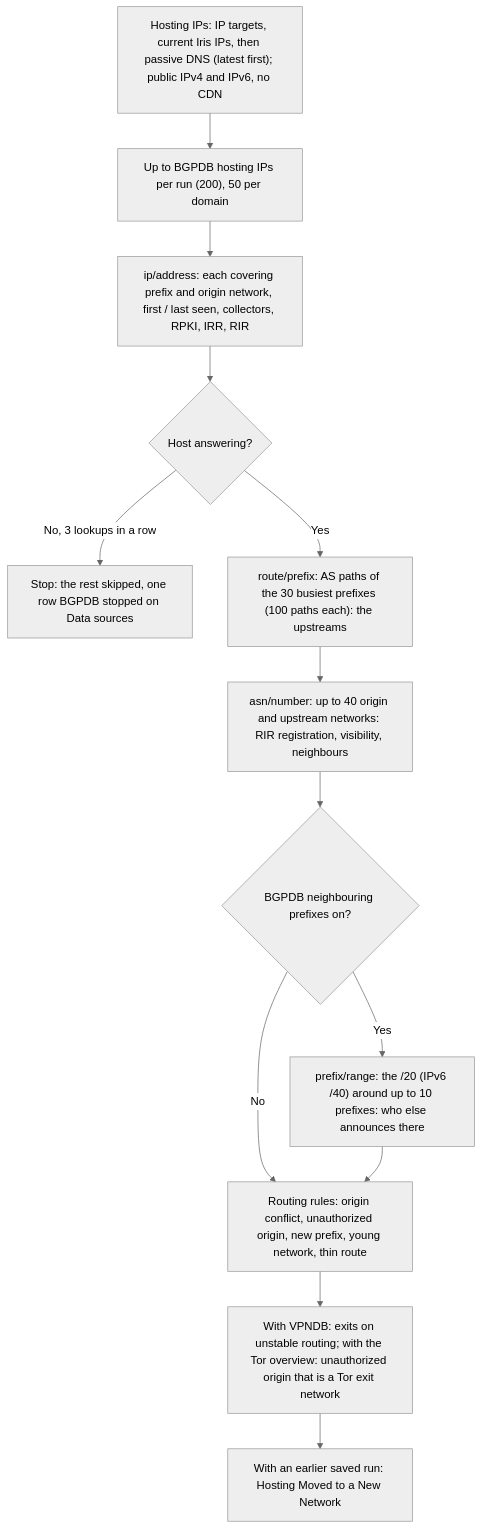
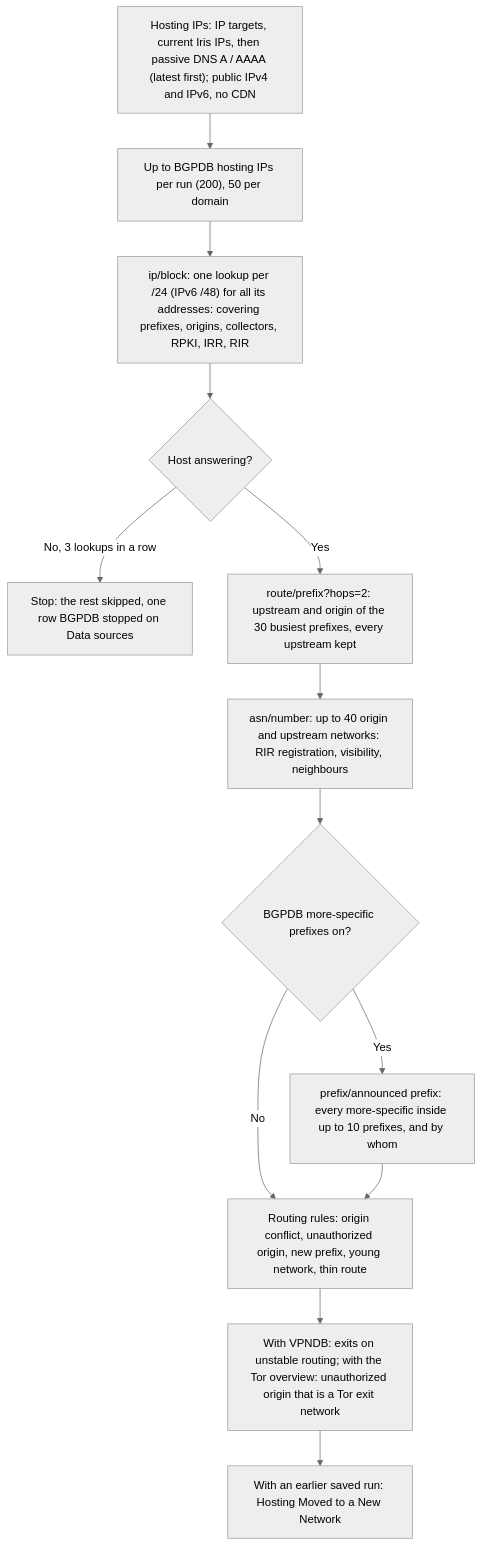
Diagram 11 of 11 in docs/WORKFLOWS.md (mmesojedec/DomainTools_Analysis_Detection), drawn with Mermaid (neutral theme) before and after one commit. The commit also changed other lines of this file and 51 other files, not shown here.

````diff
--- a/docs/WORKFLOWS.md
+++ b/docs/WORKFLOWS.md
@@ -346,15 +346,15 @@
 ```mermaid
 flowchart TD
-    A["Hosting IPs: IP targets, current Iris IPs, then passive DNS (latest first); public IPv4 and IPv6, no CDN"] --> B["Up to BGPDB hosting IPs per run (200), 50 per domain"]
-    B --> C["ip/address: each covering prefix and origin network, first / last seen, collectors, RPKI, IRR, RIR"]
+    A["Hosting IPs: IP targets, current Iris IPs, then passive DNS A / AAAA (latest first); public IPv4 and IPv6, no CDN"] --> B["Up to BGPDB hosting IPs per run (200), 50 per domain"]
+    B --> C["ip/block: one lookup per /24 (IPv6 /48) for all its addresses: covering prefixes, origins, collectors, RPKI, IRR, RIR"]
     C --> D{"Host answering?"}
     D -- "No, 3 lookups in a row" --> X["Stop: the rest skipped, one row BGPDB stopped on Data sources"]
-    D -- "Yes" --> E["route/prefix: AS paths of the 30 busiest prefixes (100 paths each): the upstreams"]
+    D -- "Yes" --> E["route/prefix?hops=2: upstream and origin of the 30 busiest prefixes, every upstream kept"]
     E --> F["asn/number: up to 40 origin and upstream networks: RIR registration, visibility, neighbours"]
-    F --> G{"BGPDB neighbouring prefixes on?"}
-    G -- "Yes" --> H["prefix/range: the /20 (IPv6 /40) around up to 10 prefixes: who else announces there"]
+    F --> G{"BGPDB more-specific prefixes on?"}
+    G -- "Yes" --> H["prefix/announced prefix: every more-specific inside up to 10 prefixes, and by whom"]
     G -- "No" --> R
     H --> R["Routing rules: origin conflict, unauthorized origin, new prefix, young network, thin route"]
     R --> V["With VPNDB: exits on unstable routing; with the Tor overview: unauthorized origin that is a Tor exit network"]
     V --> M["With an earlier saved run: Hosting Moved to a New Network"]
 ```
````
